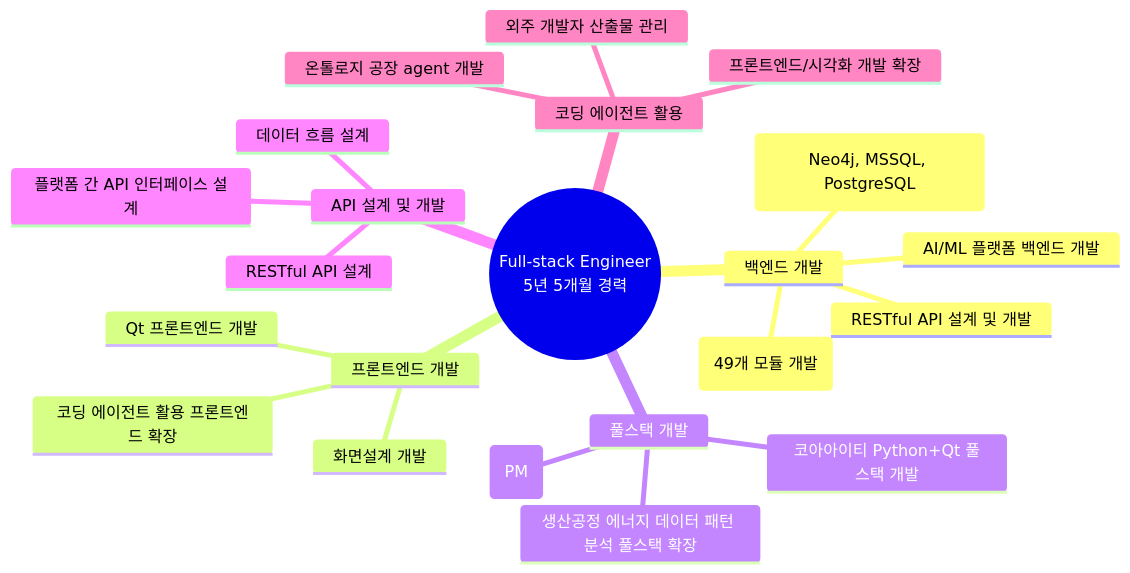
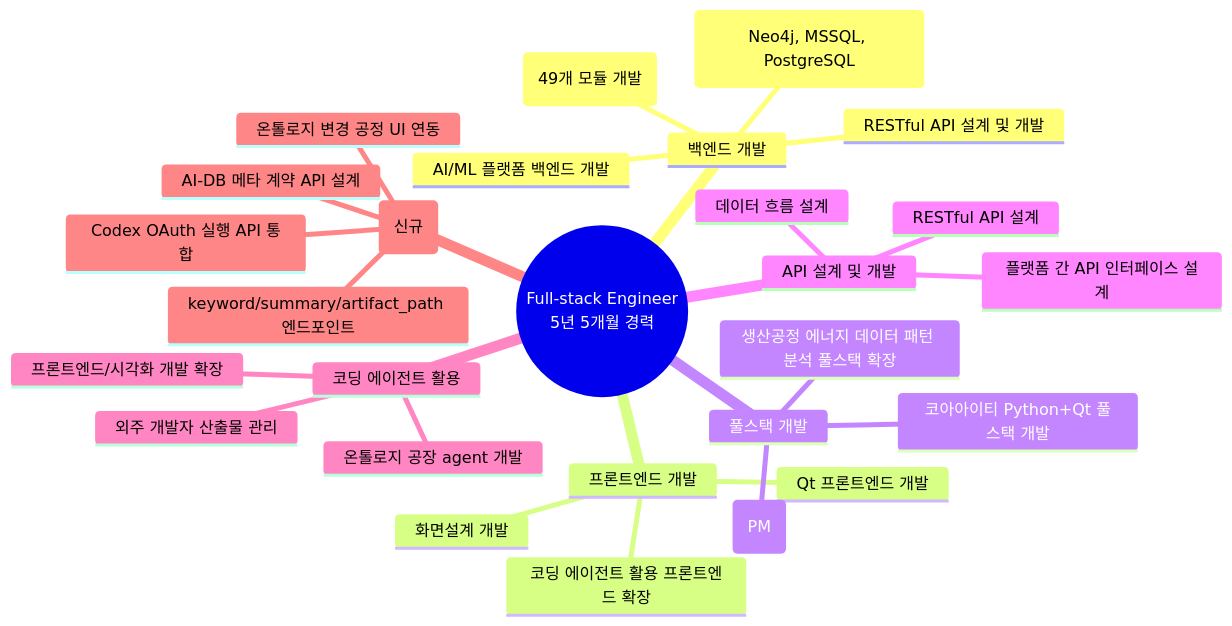
One commit to moobaek/Testing_AI_agents_for_public_use changed the second of 4 diagrams in portfolio/portfolio_docs/resume_generator/assets/일반공개/권순룡_이력서_일반공개_Fullstack_Engineer.md. Above: the diagram before and after it, drawn with Mermaid. The commit also changed other lines of this file and 14 other files, not shown here.

````diff
--- a/portfolio/portfolio_docs/resume_generator/assets/일반공개/권순룡_이력서_일반공개_Fullstack_Engineer.md
+++ b/portfolio/portfolio_docs/resume_generator/assets/일반공개/권순룡_이력서_일반공개_Fullstack_Engineer.md
@@ -63,25 +67,30 @@
 ```mermaid
 mindmap
   root((Full-stack Engineer<br/>5년 5개월 경력))
     백엔드 개발
       Python (49개 모듈 개발)
       RESTful API 설계 및 개발
       데이터베이스 설계 (Neo4j, MSSQL, PostgreSQL)
       AI/ML 플랫폼 백엔드 개발
     프론트엔드 개발
       Qt 프론트엔드 개발
       화면설계 개발
       코딩 에이전트 활용 프론트엔드 확장
     풀스택 개발
       CoCTK 풀스택 개발 (PM)
       생산공정 에너지 데이터 패턴 분석 풀스택 확장
       코아아이티 Python+Qt 풀스택 개발
     API 설계 및 개발
       RESTful API 설계
       플랫폼 간 API 인터페이스 설계
       데이터 흐름 설계
     코딩 에이전트 활용
       외주 개발자 산출물 관리
       프론트엔드/시각화 개발 확장
       온톨로지 공장 agent 개발
+    v9.0 AI-DB API 연동 (신규)
+      AI-DB 메타 계약 API 설계
+      keyword/summary/artifact_path 엔드포인트
+      Codex OAuth 실행 API 통합
+      온톨로지 변경 공정 UI 연동
 ```
````
